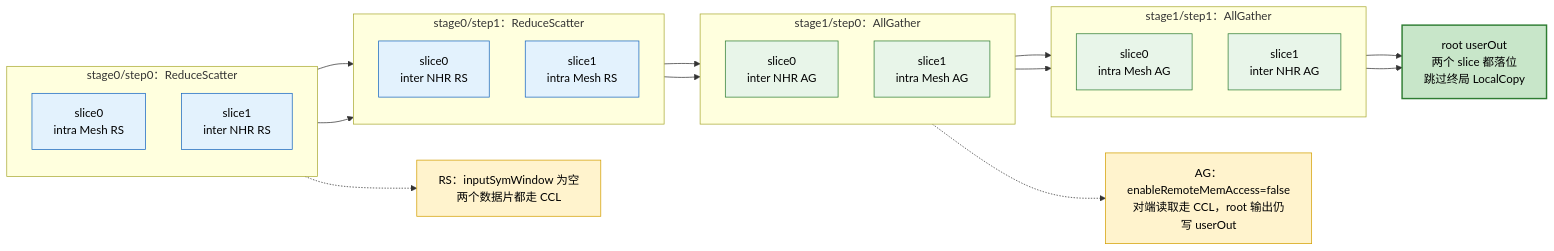
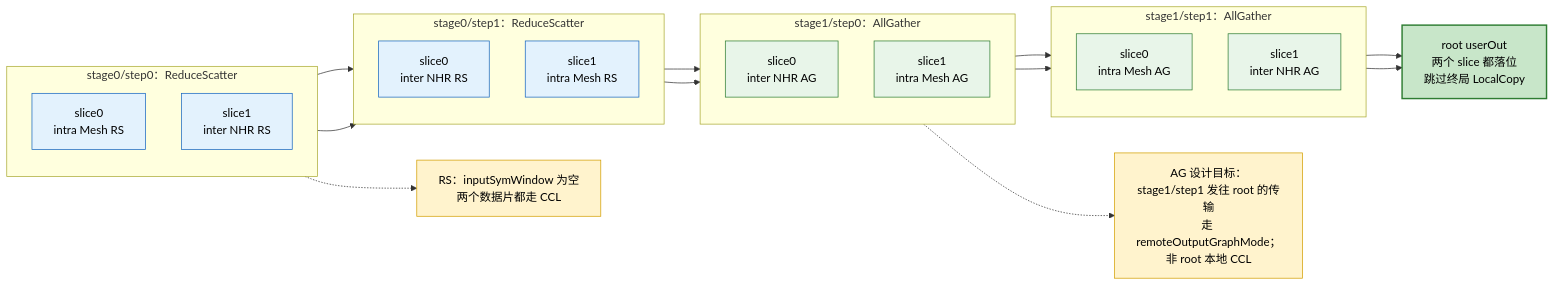
Before and after one commit to cassielee-tech/my-lib: the sixth of 7 diagrams in design/26RP4/支持allgatherV、reduce算子的零拷贝模式/SRS_SD-AllGatherV与Reduce零拷贝.md, drawn with Mermaid. The commit also changed other lines of this file, not shown here.

````diff
--- a/design/26RP4/支持allgatherV、reduce算子的零拷贝模式/SRS_SD-AllGatherV与Reduce零拷贝.md
+++ b/design/26RP4/支持allgatherV、reduce算子的零拷贝模式/SRS_SD-AllGatherV与Reduce零拷贝.md
@@ -475,41 +476,41 @@
 ```mermaid
 flowchart LR
     subgraph P0["stage0/step0：ReduceScatter"]
         direction TB
         A0["slice0<br/>intra Mesh RS"]
         A1["slice1<br/>inter NHR RS"]
     end
     subgraph P1["stage0/step1：ReduceScatter"]
         direction TB
         B0["slice0<br/>inter NHR RS"]
         B1["slice1<br/>intra Mesh RS"]
     end
     subgraph P2["stage1/step0：AllGather"]
         direction TB
         C0["slice0<br/>inter NHR AG"]
         C1["slice1<br/>intra Mesh AG"]
     end
     subgraph P3["stage1/step1：AllGather"]
         direction TB
         D0["slice0<br/>intra Mesh AG"]
         D1["slice1<br/>inter NHR AG"]
     end
     A0 --> B0
     A1 --> B1
     B0 --> C0
     B1 --> C1
     C0 --> D0
     C1 --> D1
     D0 --> OUT["root userOut<br/>两个 slice 都落位<br/>跳过终局 LocalCopy"]
     D1 --> OUT
     A1 -.-> N1["RS：inputSymWindow 为空<br/>两个数据片都走 CCL"]
-    C1 -.-> N2["AG：enableRemoteMemAccess=false<br/>对端读取走 CCL，root 输出仍写 userOut"]
+    C1 -.-> N2["AG 设计目标：stage1/step1 发往 root 的传输<br/>走 remoteOutputGraphMode；非 root 本地 CCL"]
     classDef rs fill:#e3f2fd,stroke:#1565c0,color:#000;
     classDef ag fill:#e8f5e9,stroke:#2e7d32,color:#000;
     classDef out fill:#c8e6c9,stroke:#2e7d32,stroke-width:2px,color:#000;
     classDef note fill:#fff3cd,stroke:#d39e00,color:#000;
     class A0,A1,B0,B1 rs;
     class C0,C1,D0,D1 ag;
     class OUT out;
     class N1,N2 note;
 ```
````
